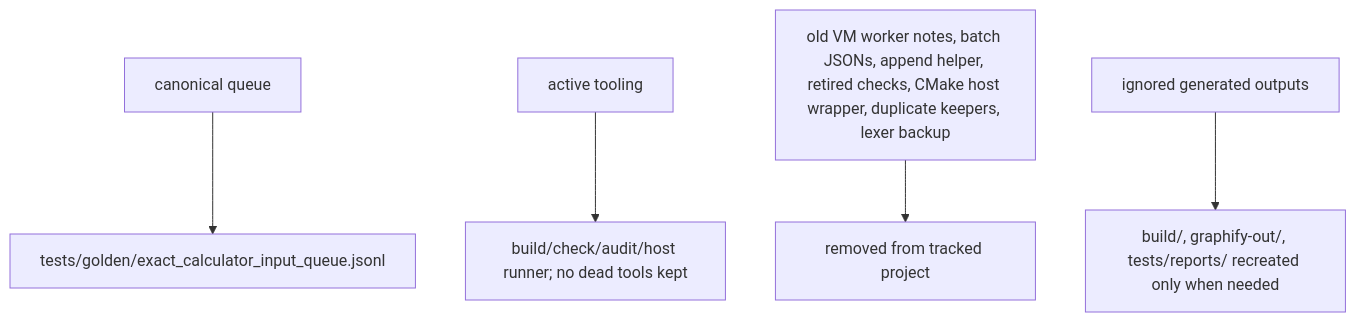
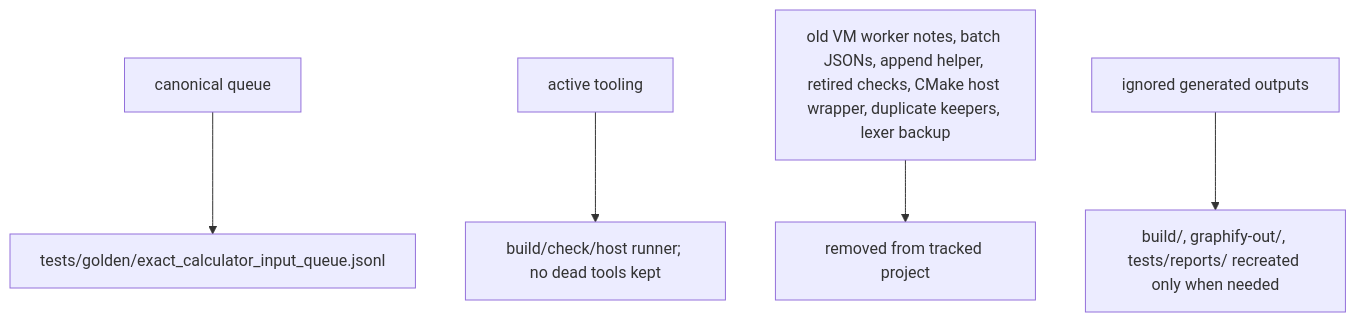
One commit to james8464/notes-addin-casio-fx-cg50 changed the seventh of 7 diagrams in docs/GRAPH.md. Above: the diagram before and after it, drawn with Mermaid. The commit also changed other lines of this file and 441 other files, not shown here.

````diff
--- a/docs/GRAPH.md
+++ b/docs/GRAPH.md
@@ -105,7 +101,7 @@
 ```mermaid
 graph TD
   Canon["canonical queue"] --> Golden["tests/golden/exact_calculator_input_queue.jsonl"]
-  Tooling["active tooling"] --> Build["build/check/audit/host runner; no dead tools kept"]
+  Tooling["active tooling"] --> Build["build/check/host runner; no dead tools kept"]
   Old["old VM worker notes, batch JSONs, append helper, retired checks, CMake host wrapper, duplicate keepers, lexer backup"] --> Pruned["removed from tracked project"]
   Reports["ignored generated outputs"] --> Recreate["build/, graphify-out/, tests/reports/ recreated only when needed"]
 ```
````
